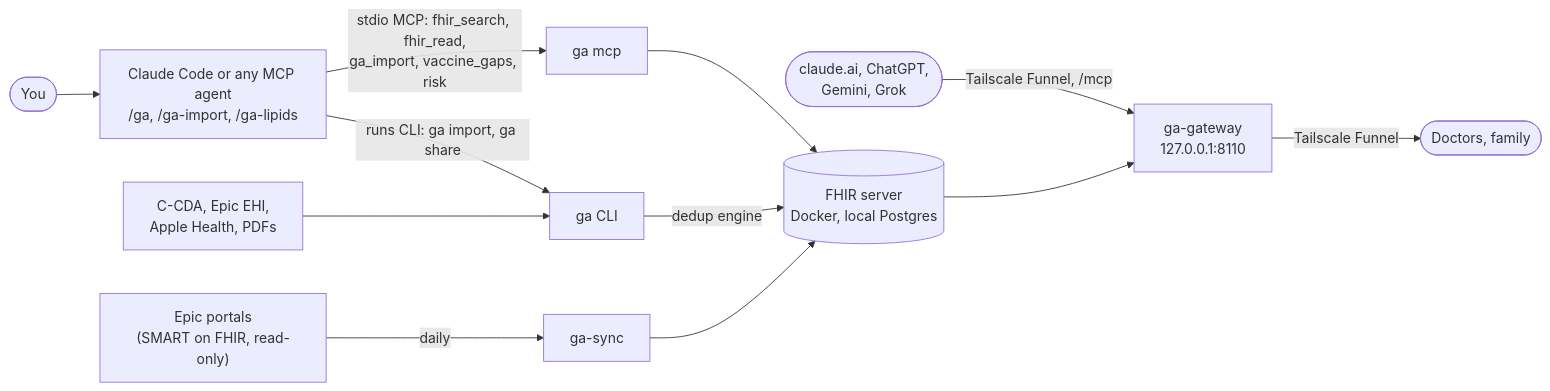
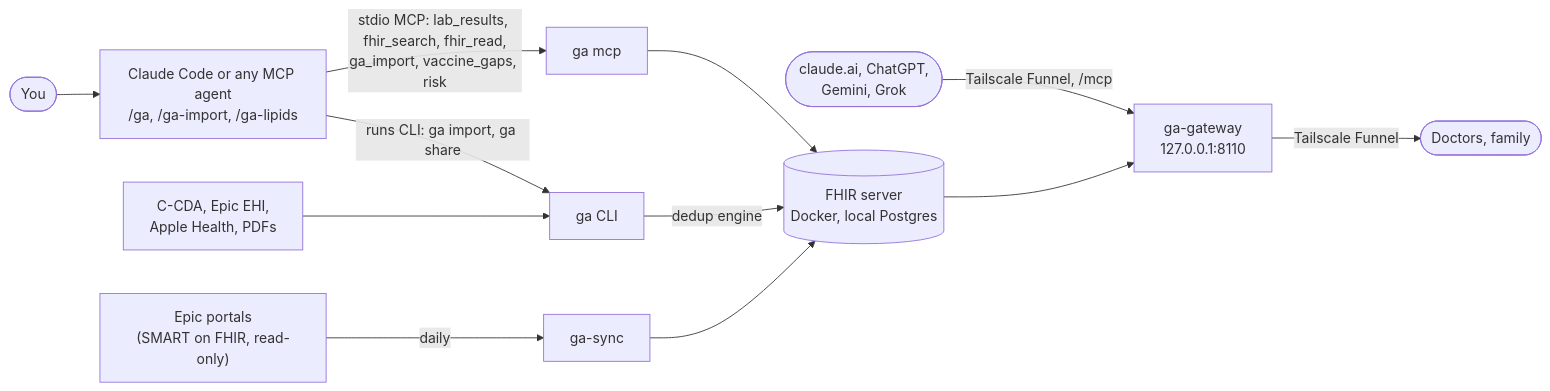
Before and after one commit to seouri/ga-server: the diagram in README.md, drawn with Mermaid. The commit also changed 3 other files, not shown here.

Commit message:
docs: lab_results and date ranges everywhere agents learn to read GA

````diff
--- a/README.md
+++ b/README.md
@@ -36,12 +36,12 @@
 ```mermaid
 flowchart LR
   you([You]) --> agent["Claude Code or any MCP agent<br/>/ga, /ga-import, /ga-lipids"]
-  agent -- "stdio MCP: fhir_search, fhir_read,<br/>ga_import, vaccine_gaps, risk" --> mcp["ga mcp"]
+  agent -- "stdio MCP: lab_results, fhir_search, fhir_read,<br/>ga_import, vaccine_gaps, risk" --> mcp["ga mcp"]
   apps(["claude.ai, ChatGPT,<br/>Gemini, Grok"]) -- "Tailscale Funnel, /mcp" --> gateway
   agent -- "runs CLI: ga import, ga share" --> cli["ga CLI"]
   mcp --> fhir[("FHIR server<br/>Docker, local Postgres")]
   cli -- "dedup engine" --> fhir
   files["C-CDA, Epic EHI,<br/>Apple Health, PDFs"] --> cli
   epic["Epic portals<br/>(SMART on FHIR, read-only)"] -- "daily" --> sync["ga-sync"] --> fhir
   fhir --> gateway["ga-gateway<br/>127.0.0.1:8110"] -- "Tailscale Funnel" --> people(["Doctors, family"])
 ```
````
